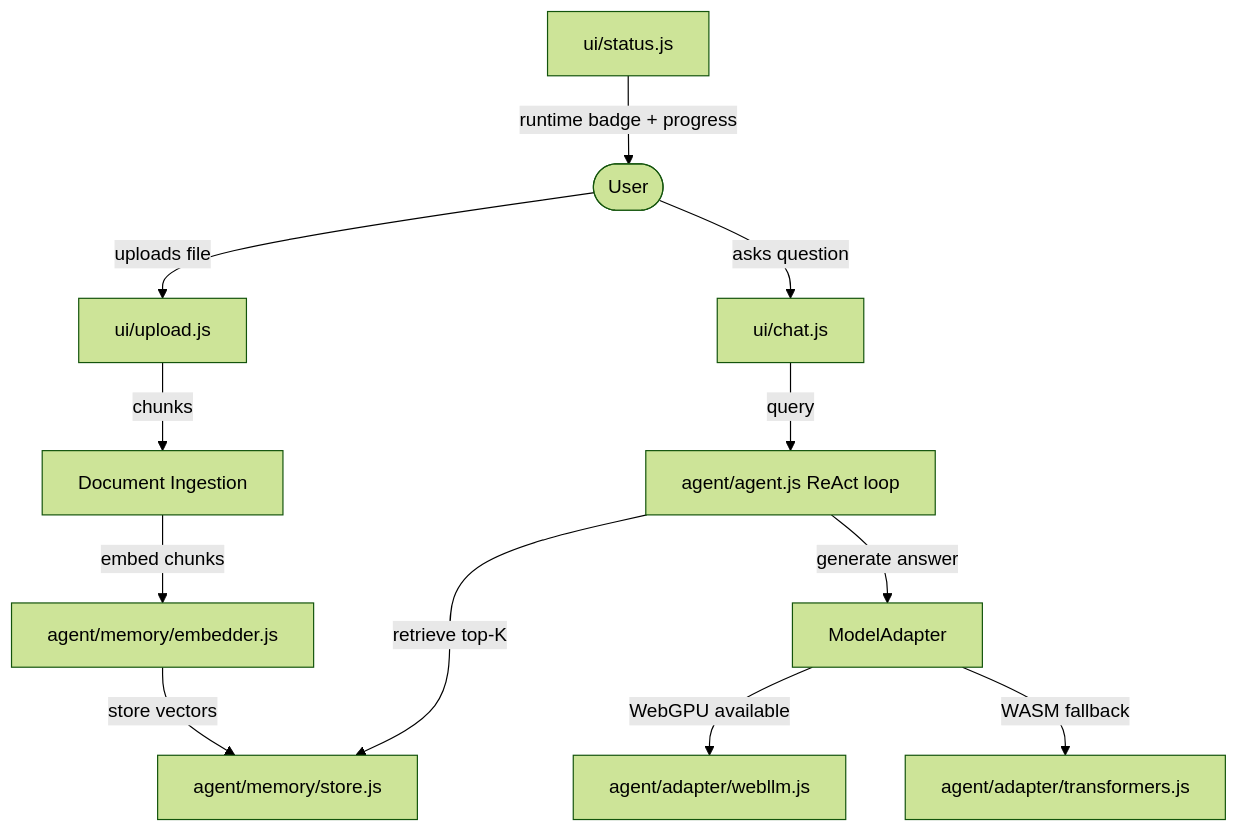
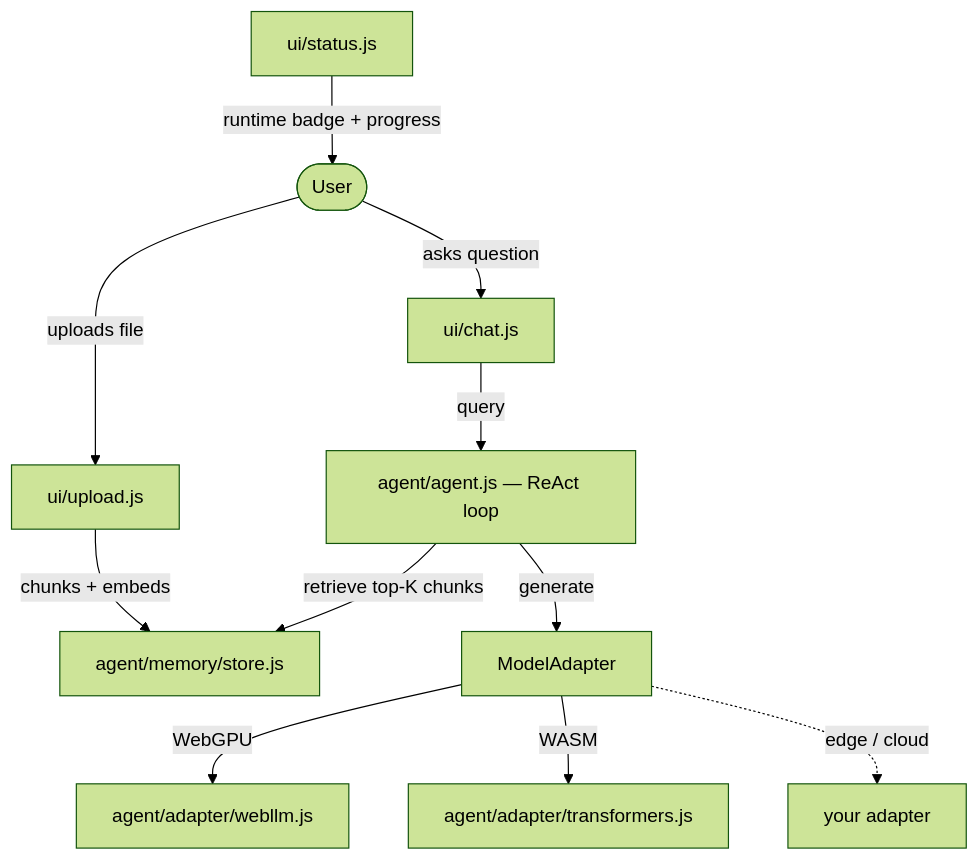
Before and after one commit to arananet/agent_capsule: the first of 2 diagrams in README.md, drawn with Mermaid (forest theme). The commit also changed other lines of this file, not shown here.

First line of the commit message:
docs: rewrite README with consistent Agent Capsule branding and clearer structure

````diff
--- a/README.md
+++ b/README.md
@@ -35,18 +45,17 @@
 ```mermaid
 graph TD
     User([User]) -->|uploads file| Upload[ui/upload.js]
     User -->|asks question| Chat[ui/chat.js]
 
-    Upload -->|chunks| Ingestion[Document Ingestion]
-    Ingestion -->|embed chunks| Embedder[agent/memory/embedder.js]
-    Embedder -->|store vectors| Store[agent/memory/store.js]
+    Upload -->|chunks + embeds| Store[agent/memory/store.js]
 
-    Chat -->|query| Agent[agent/agent.js ReAct loop]
-    Agent -->|retrieve top-K| Store
-    Agent -->|generate answer| Adapter[ModelAdapter]
+    Chat -->|query| Agent[agent/agent.js — ReAct loop]
+    Agent -->|retrieve top-K chunks| Store
+    Agent -->|generate| Adapter[ModelAdapter]
 
-    Adapter -->|WebGPU available| WebLLM[agent/adapter/webllm.js]
-    Adapter -->|WASM fallback| Transformers[agent/adapter/transformers.js]
+    Adapter -->|WebGPU| WebLLM[agent/adapter/webllm.js]
+    Adapter -->|WASM| Transformers[agent/adapter/transformers.js]
+    Adapter -.->|edge / cloud| Custom[your adapter]
 
     Status[ui/status.js] -->|runtime badge + progress| User
 ```
````
